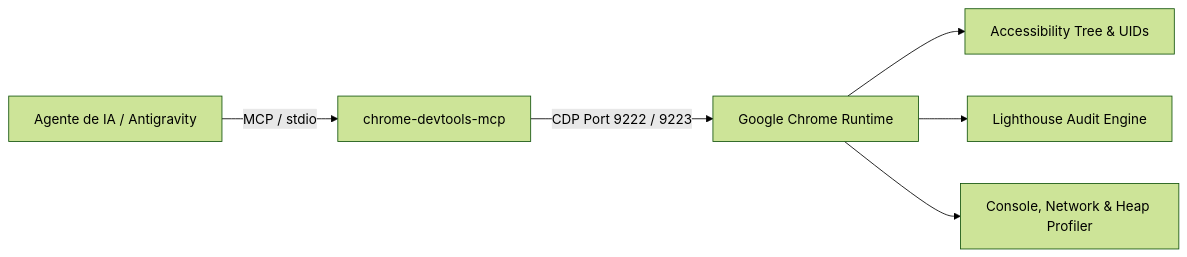
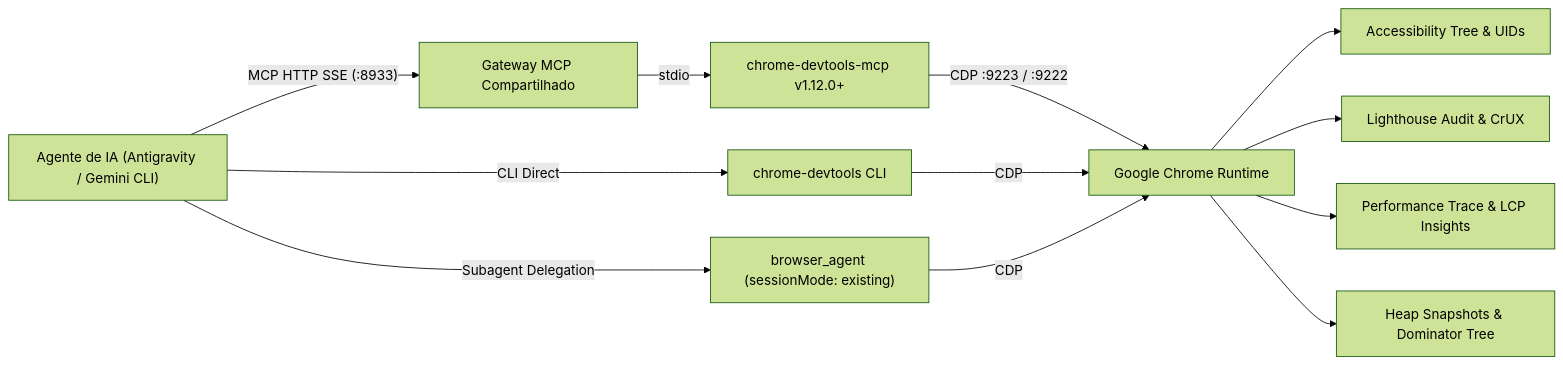
One commit to RaphaelVitoi/Site changed the diagram in .agents/skills/chrome-devtools-agent-sota/SKILL.md. Above: the diagram before and after it, drawn with Mermaid (forest theme). The commit also changed other lines of this file and 5 other files, not shown here.

First line of the commit message:
feat(sota): optimize Chrome DevTools MCP v1.12.0, R 4.6.1 bridge, and Antigravity subagents

````diff
--- a/.agents/skills/chrome-devtools-agent-sota/SKILL.md
+++ b/.agents/skills/chrome-devtools-agent-sota/SKILL.md
@@ -22,8 +22,14 @@
 ```mermaid
 flowchart LR
-    Agent[Agente de IA / Antigravity] -->|MCP / stdio| MCP[chrome-devtools-mcp]
-    MCP -->|CDP Port 9222 / 9223| Chrome[Google Chrome Runtime]
-    Chrome --> AT[Accessibility Tree & UIDs]
-    Chrome --> LH[Lighthouse Audit Engine]
-    Chrome --> Telemetry[Console, Network & Heap Profiler]
+    Agent["Agente de IA (Antigravity / Gemini CLI)"] -->|"MCP HTTP SSE (:8933)"| GW["Gateway MCP Compartilhado"]
+    Agent -->|"CLI Direct"| CLI["chrome-devtools CLI"]
+    Agent -->|"Subagent Delegation"| BA["browser_agent (sessionMode: existing)"]
+    GW -->|"stdio"| MCP["chrome-devtools-mcp v1.12.0+"]
+    MCP -->|"CDP :9223 / :9222"| Chrome["Google Chrome Runtime"]
+    CLI -->|"CDP"| Chrome
+    BA -->|"CDP"| Chrome
+    Chrome --> AT["Accessibility Tree & UIDs"]
+    Chrome --> LH["Lighthouse Audit & CrUX"]
+    Chrome --> Perf["Performance Trace & LCP Insights"]
+    Chrome --> Mem["Heap Snapshots & Dominator Tree"]
 ```
````
